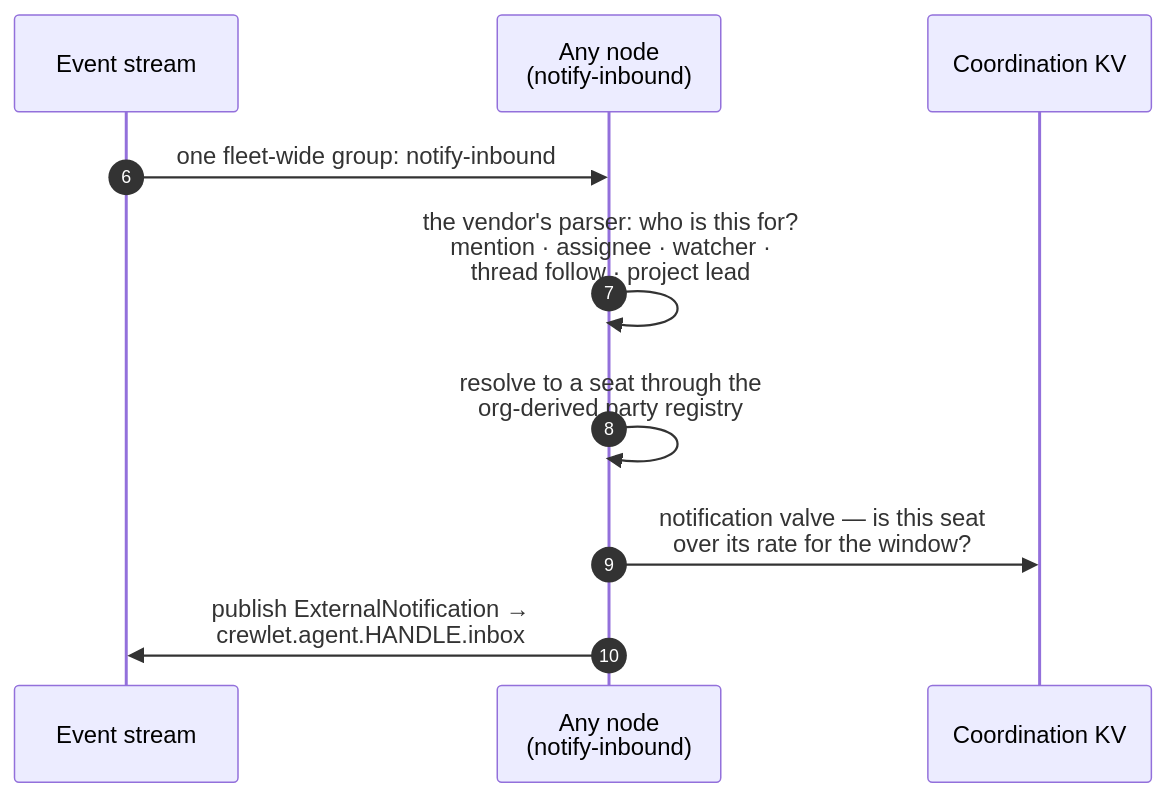
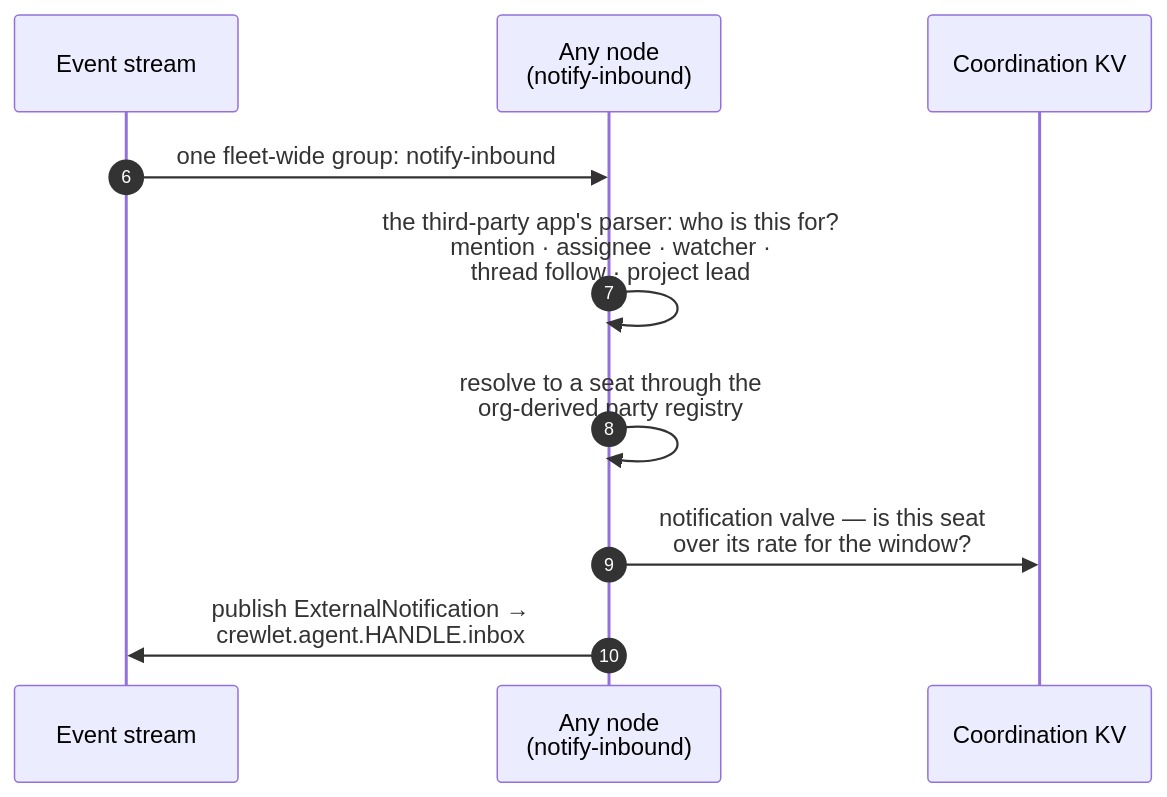
One commit to crewlet/crewlet changed the sixth of 10 diagrams in docs/concepts/architecture.md. Above: the diagram before and after it, drawn with Mermaid. The commit also changed other lines of this file and 280 other files, not shown here.

First line of the commit message:
docs: call a third-party app a third-party app, and order the list by name

````diff
--- a/docs/concepts/architecture.md
+++ b/docs/concepts/architecture.md
@@ -300,13 +300,13 @@
 ```mermaid
 sequenceDiagram
     autonumber 6
     participant S as Event stream
     participant R as Any node<br/>(notify-inbound)
     participant KV as Coordination KV
 
     S->>R: one fleet-wide group: notify-inbound
-    R->>R: the vendor's parser: who is this for?<br/>mention · assignee · watcher ·<br/>thread follow · project lead
+    R->>R: the third-party app's parser: who is this for?<br/>mention · assignee · watcher ·<br/>thread follow · project lead
     R->>R: resolve to a seat through the<br/>org-derived party registry
     R->>KV: notification valve — is this seat<br/>over its rate for the window?
     R->>S: publish ExternalNotification →<br/>crewlet.agent.HANDLE.inbox
 ```
````
